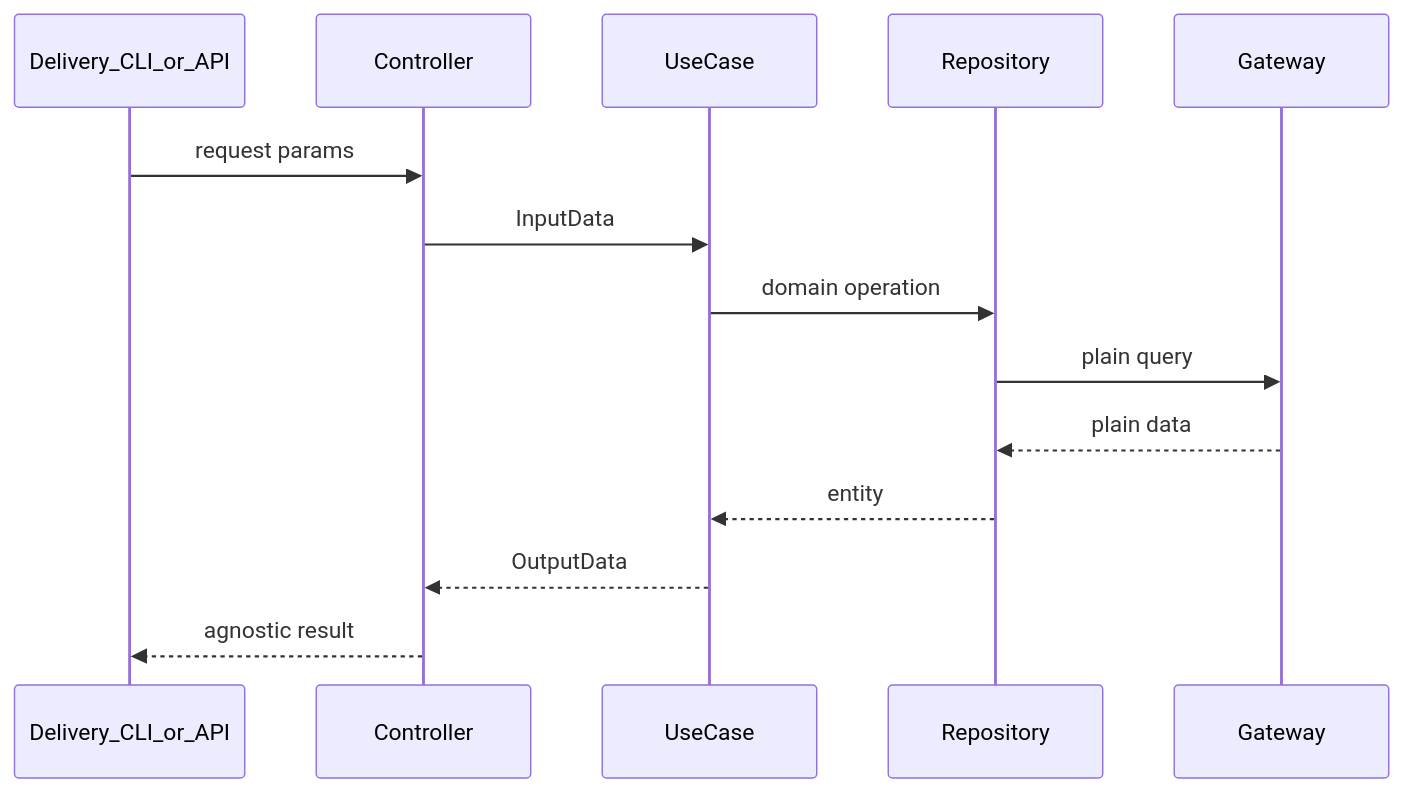
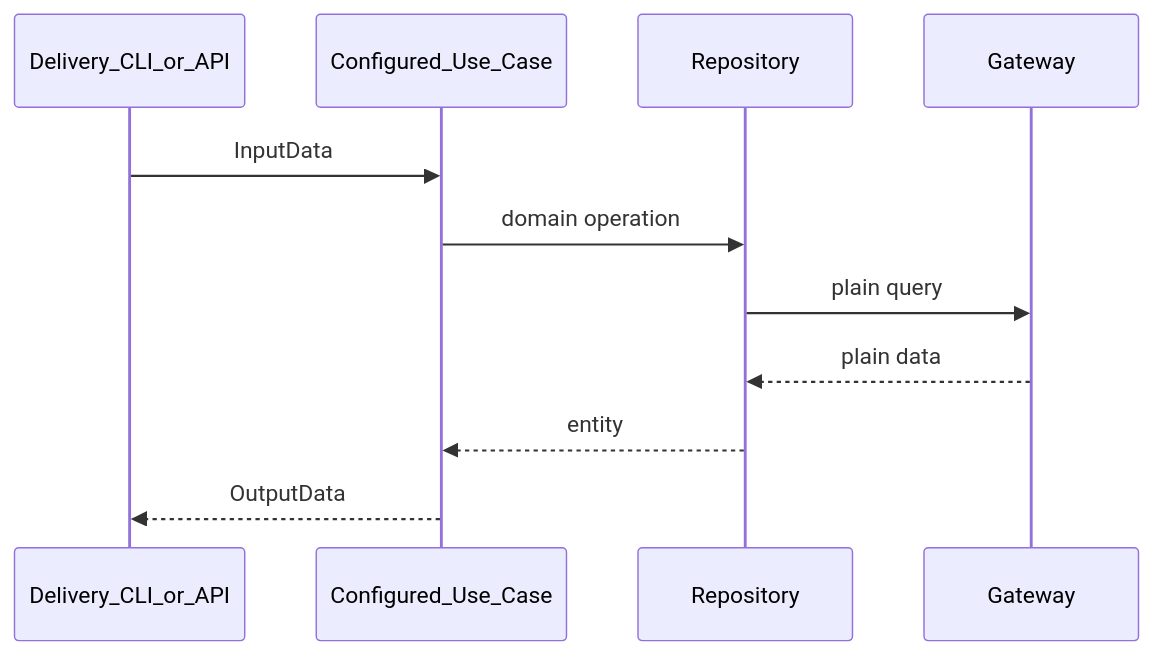
Before and after one commit to ArnaudJalbert/marquise: the diagram in docs/architecture.md, drawn with Mermaid. The commit also changed other lines of this file and 32 other files, not shown here.

````diff
--- a/docs/architecture.md
+++ b/docs/architecture.md
@@ -134,17 +133,14 @@
 ```mermaid
 sequenceDiagram
   participant Delivery as Delivery_CLI_or_API
-  participant Controller as Controller
-  participant UseCase as UseCase
+  participant UseCase as Configured_Use_Case
   participant Repo as Repository
   participant Gateway as Gateway
 
-  Delivery->>Controller: request params
-  Controller->>UseCase: InputData
+  Delivery->>UseCase: InputData
   UseCase->>Repo: domain operation
   Repo->>Gateway: plain query
   Gateway-->>Repo: plain data
   Repo-->>UseCase: entity
-  UseCase-->>Controller: OutputData
-  Controller-->>Delivery: agnostic result
+  UseCase-->>Delivery: OutputData
 ```
````
